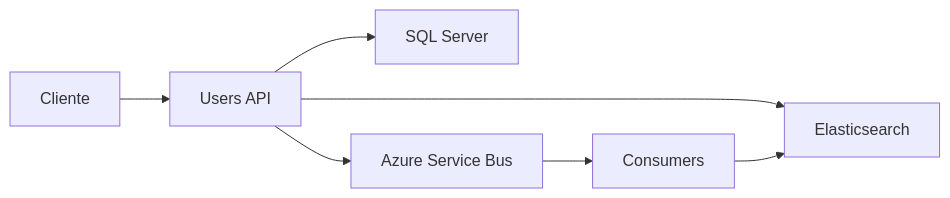
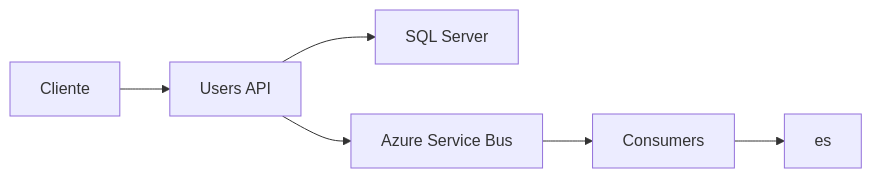
Before and after one commit to deiserech/fiap-solidarity-connection-donors: the first of 3 diagrams in README.md, drawn with Mermaid. The commit also changed other lines of this file and 134 other files, not shown here.

````diff
--- a/README.md
+++ b/README.md
@@ -27,9 +26,8 @@
 ```mermaid
 flowchart LR
   client[Cliente] --> api[Users API]
   api --> sql[SQL Server]
   api --> sb[Azure Service Bus]
-  api --> es[Elasticsearch]
   sb --> worker[Consumers]
   worker --> es
 ```
````
